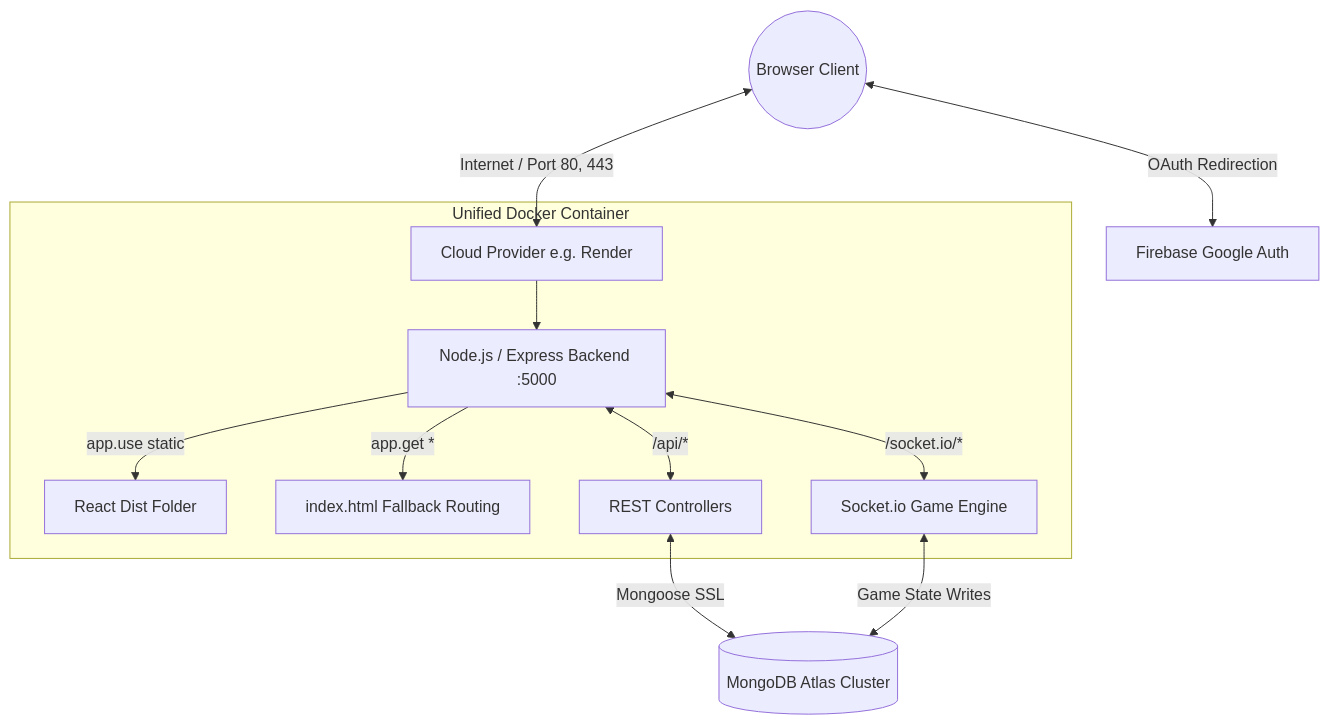
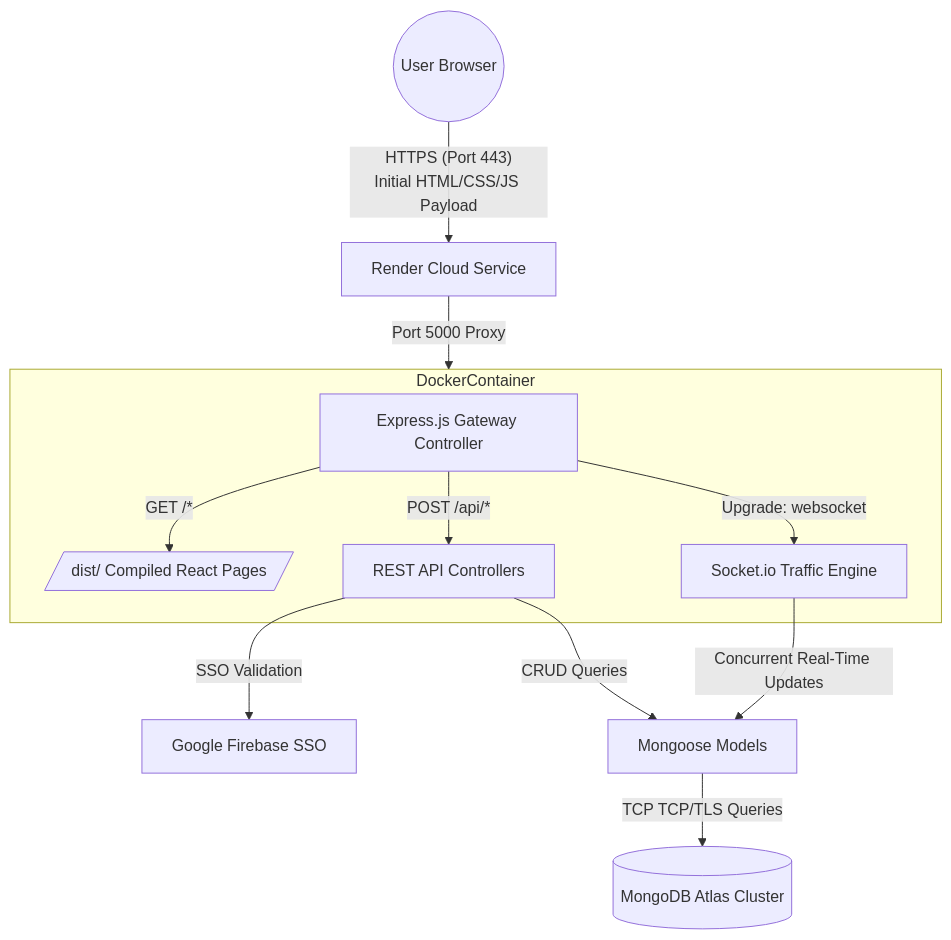
The first of 5 diagrams in README.md (sherlock-hashed/LunchBreak), drawn with Mermaid before and after one commit. The commit also changed other lines of this file, not shown here.

````diff
--- a/README.md
+++ b/README.md
@@ -11,21 +52,18 @@
 ```mermaid
 graph TD
-    Client((Browser Client)) <-->|Internet / Port 80, 443| Cloud[Cloud Provider e.g. Render]
-    
-    subgraph Unified Docker Container
-        Cloud --> NodeBackend[Node.js / Express Backend :5000]
+    Client((User Browser)) -- "HTTPS (Port 443)\nInitial HTML/CSS/JS Payload" --> CloudHost[Render Cloud Service]
+    CloudHost -- "Port 5000 Proxy" --> DockerContainer[Single Certified Docker Container]
+
+    subgraph DockerContainer
+        Express[Express.js Gateway Controller]
         
-        %% Static Routing
-        NodeBackend -->|app.use static| ReactDist[React Dist Folder]
-        NodeBackend -->|app.get *| ReactIndex[index.html Fallback Routing]
-        
-        %% Dynamic Routing
-        NodeBackend <-->|/api/*| REST[REST Controllers]
-        NodeBackend <-->|/socket.io/*| Socket[Socket.io Game Engine]
+        Express -- "GET /*" --> StaticFiles[/dist/ Compiled React Pages/]
+        Express -- "POST /api/*" --> AuthControllers[REST API Controllers]
+        Express -- "Upgrade: websocket" --> Sockets[Socket.io Traffic Engine]
     end
-    
-    %% External Services
-    REST <-->|Mongoose SSL| Atlas[(MongoDB Atlas Cluster)]
-    Socket <-->|Game State Writes| Atlas
-    Client <-->|OAuth Redirection| Firebase[Firebase Google Auth]
+
+    AuthControllers -- "SSO Validation" --> Firebase[Google Firebase SSO]
+    AuthControllers -- "CRUD Queries" --> MongoDriver[Mongoose Models]
+    Sockets -- "Concurrent Real-Time Updates" --> MongoDriver
+    MongoDriver -- "TCP TCP/TLS Queries" --> Atlas[(MongoDB Atlas Cluster)]
 ```
````
